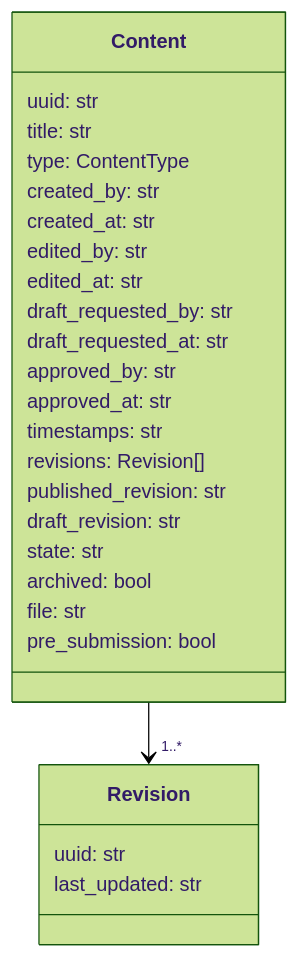
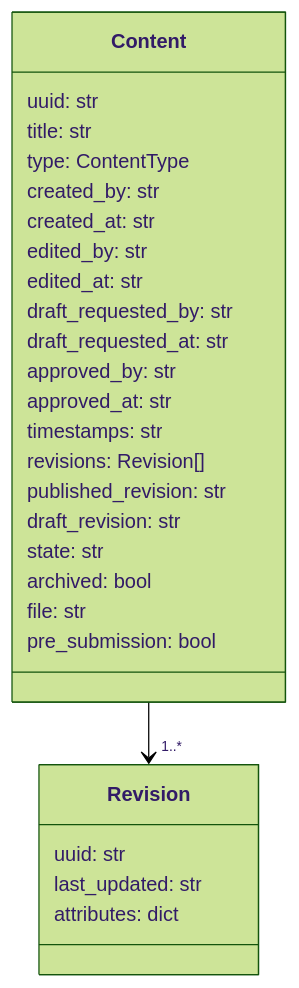
Before and after one commit to tng-coop/CmsWorkflow: the first of 2 diagrams in docs/DataStructure.md, drawn with Mermaid (forest theme). The commit also changed other lines of this file and 3 other files, not shown here.

````diff
--- a/docs/DataStructure.md
+++ b/docs/DataStructure.md
@@ -5,29 +5,30 @@
 ```mermaid
 classDiagram
     class Content {
         uuid: str
         title: str
         type: ContentType
         created_by: str
         created_at: str
         edited_by: str
         edited_at: str
         draft_requested_by: str
         draft_requested_at: str
         approved_by: str
         approved_at: str
         timestamps: str
         revisions: Revision[]
         published_revision: str
         draft_revision: str
         state: str
         archived: bool
         file: str
         pre_submission: bool
     }
     class Revision {
         uuid: str
         last_updated: str
+        attributes: dict
     }
     Content --> "1..*" Revision
 ```
````
